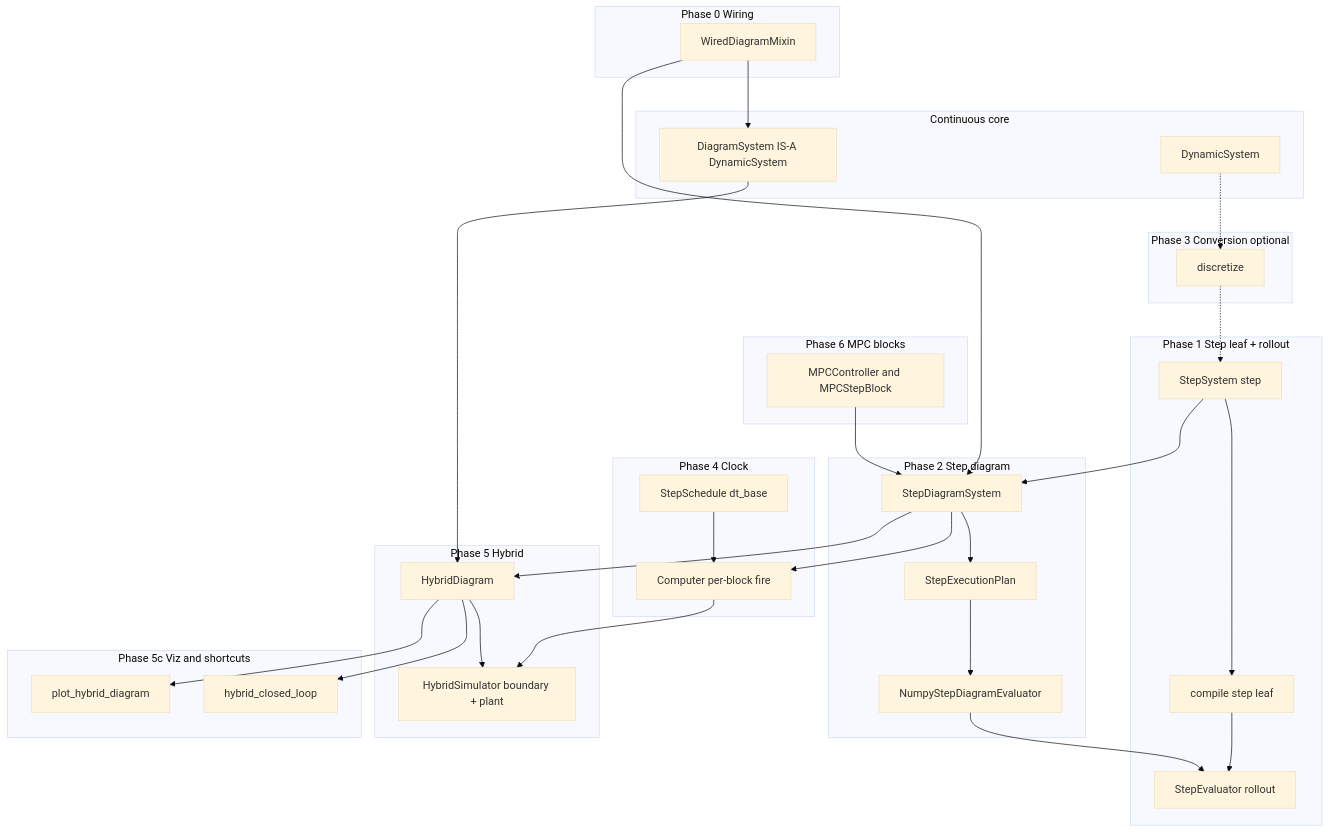
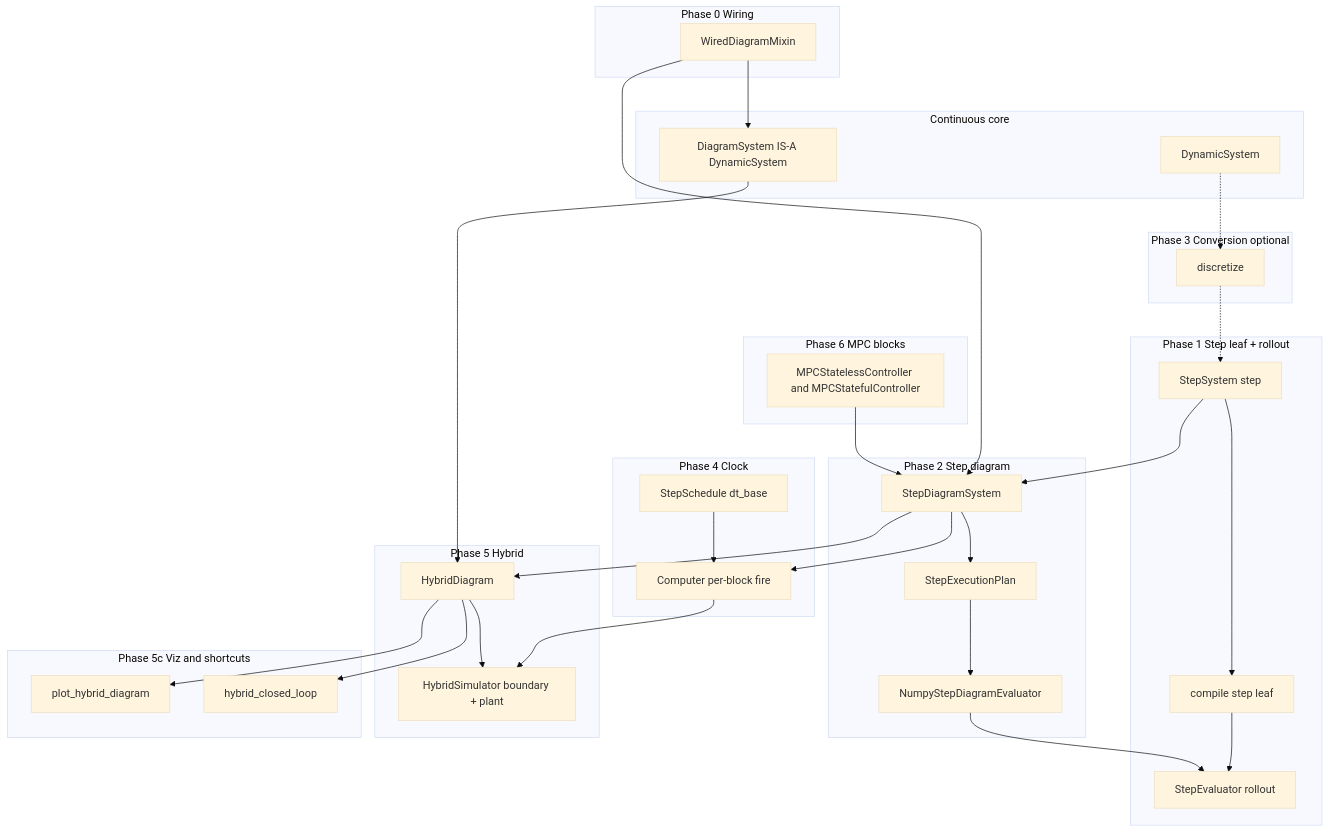
Before and after one commit to alx87grd/minilink: the diagram in docs/plans/hybrid-discrete/00-master-plan.md, drawn with Mermaid (base theme). The commit also changed other lines of this file and 22 other files, not shown here.

````diff
--- a/docs/plans/hybrid-discrete/00-master-plan.md
+++ b/docs/plans/hybrid-discrete/00-master-plan.md
@@ -139,61 +139,61 @@
 ```mermaid
 flowchart TB
     subgraph P0 [Phase 0 Wiring]
         WIR[WiredDiagramMixin]
     end
 
     subgraph P1 [Phase 1 Step leaf + rollout]
         SS[StepSystem step]
         CSL[compile step leaf]
         SR[StepEvaluator rollout]
     end
 
     subgraph P2 [Phase 2 Step diagram]
         SDS[StepDiagramSystem]
         SEP[StepExecutionPlan]
         SDE[NumpyStepDiagramEvaluator]
     end
 
     subgraph P3 [Phase 3 Conversion optional]
         DISC[discretize]
     end
 
     subgraph P4 [Phase 4 Clock]
         SCH[StepSchedule dt_base]
         COMP[Computer per-block fire]
     end
 
     subgraph P5 [Phase 5 Hybrid]
         HD[HybridDiagram]
         HS[HybridSimulator boundary + plant]
     end
 
     subgraph P5c [Phase 5c Viz and shortcuts]
         PLOT[plot_hybrid_diagram]
         HCL[hybrid_closed_loop]
     end
 
     subgraph P6 [Phase 6 MPC blocks]
-        MPC[MPCController and MPCStepBlock]
+        MPC[MPCStatelessController and MPCStatefulController]
     end
 
     subgraph Cont [Continuous core]
         DS[DynamicSystem]
         DF[DiagramSystem IS-A DynamicSystem]
     end
 
     WIR --> DF
     WIR --> SDS
     SS --> CSL --> SR
     SS --> SDS --> SEP --> SDE --> SR
     DS -.-> DISC -.-> SS
     SDS --> COMP
     SCH --> COMP
     COMP --> HS
     SDS --> HD
     DF --> HD
     HD --> HS
     HD --> PLOT
     HD --> HCL
     MPC --> SDS
 ```
````
